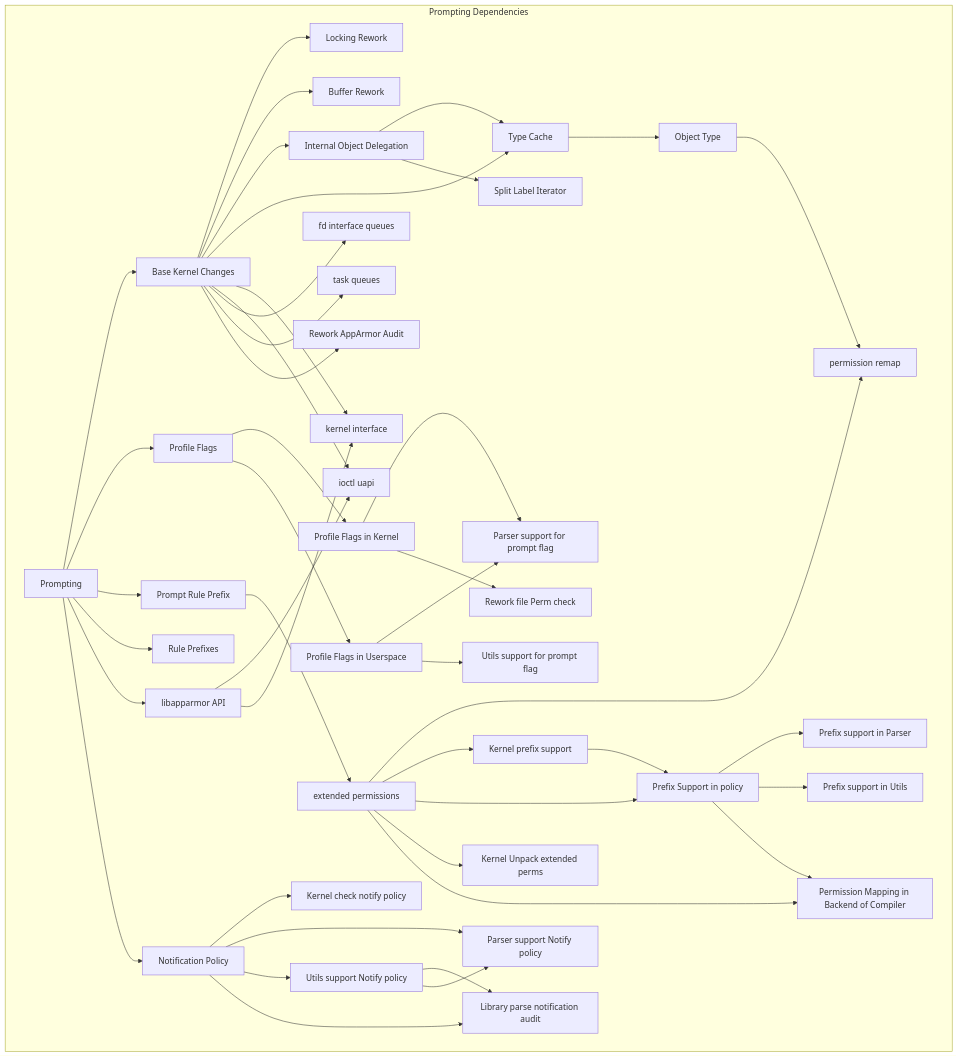
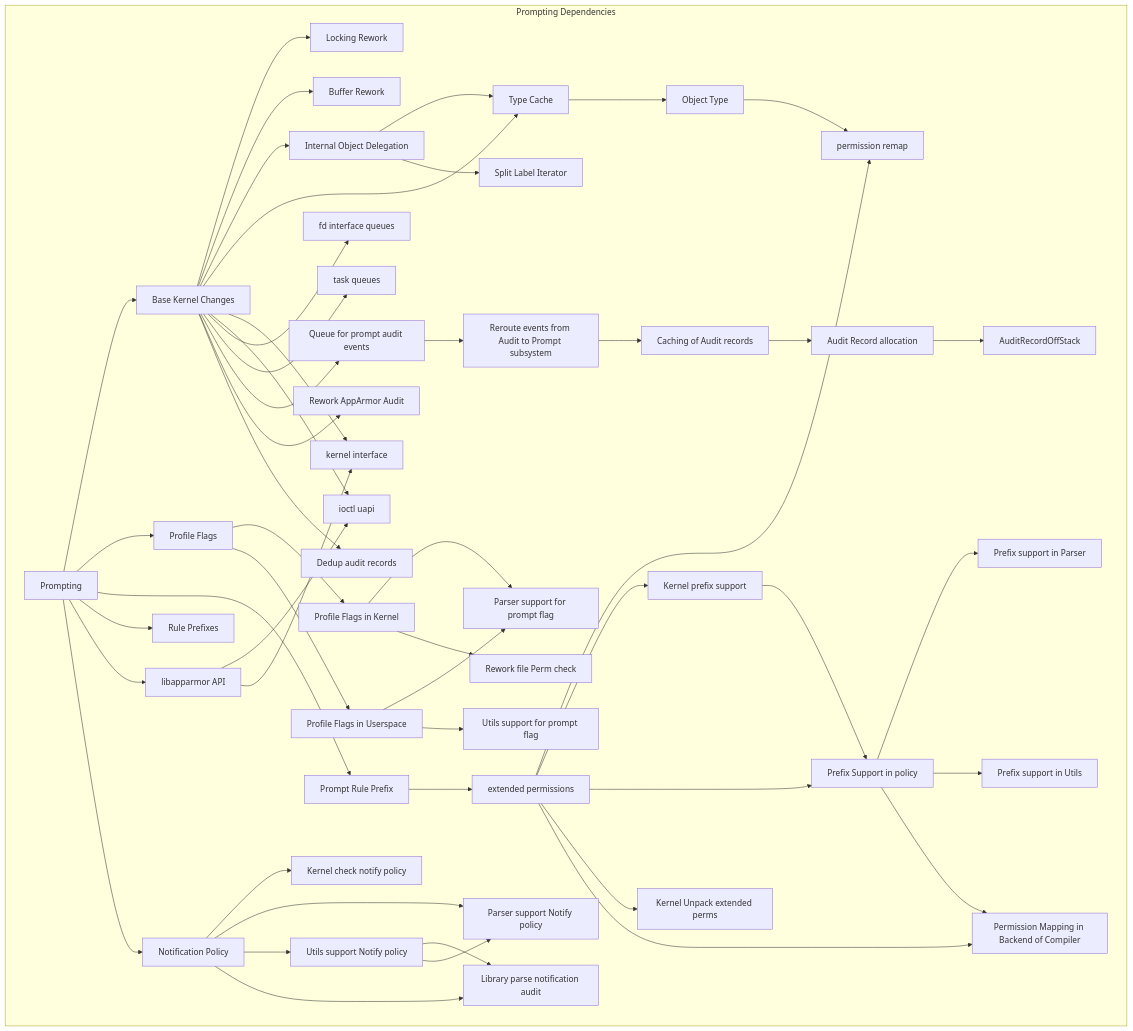
Before and after one commit to youngker/apparmor-wiki: the diagram in WorkItems.md, drawn with Mermaid. The commit also changed other lines of this file, not shown here.

Commit message:
Update WorkItems

````diff
--- a/WorkItems.md
+++ b/WorkItems.md
@@ -312,48 +304,54 @@
 ```mermaid
 graph TB
   subgraph "Prompting Dependencies"
   Prompting[Prompting] --> KernelWork[Base Kernel Changes]
   Prompting --> ProfileFlags[Profile Flags]
   Prompting --> RulePrefixes[Prompt Rule Prefix]
   ProfileFlags --> KernelFlags[Profile Flags in Kernel]
   KernelFlags --> ParserFlags[Parser support for prompt flag]
   KernelFlags --> KernelPermsCheck[Rework file Perm check]
   ProfileFlags --> UserSpaceFlags[Profile Flags in Userspace]
   UserSpaceFlags --> ParserFlags
   UserSpaceFlags --> UtilsFlags[Utils support for prompt flag]
   Prompting --> ProfilePrefix[Rule Prefixes]
   KernelWork --> KernelLock[Locking Rework]
   KernelWork --> KernelBuffer[Buffer Rework]
   KernelWork --> ObjectDelegationBase[Internal Object Delegation]
   KernelWork --> TypeCache[Type Cache]
   KernelWork --> kernelInterface[kernel interface]
   KernelWork --> ioctluapi[ioctl uapi]
   KernelWork --> fdqueue[fd interface queues]
   KernelWork --> taskqueue[task queues]
+  KernelWork --> AuditEventQueue[Queue for prompt audit events]
   Prompting --> UserAPI[libapparmor API]
   UserAPI --> ioctluapi
   UserAPI --> kernelInterface
   Prompting --> NotifyPolicy[Notification Policy]
   NotifyPolicy --> KernNotifPolicy[Kernel check notify policy]
   NotifyPolicy --> ParserNotifyPolicy[Parser support Notify policy]
   NotifyPolicy --> UtilsNotifyPolicy[Utils support Notify policy]
   NotifyPolicy --> LibNotifyPolicy[Library parse notification audit]
   UtilsNotifyPolicy --> LibNotifyPolicy
   UtilsNotifyPolicy --> ParserNotifyPolicy
   TypeCache --> ObjType[Object Type]
   ObjType --> PermRemap[permission remap]
   KernelWork --> AuditRework[Rework AppArmor Audit]
   ObjectDelegationBase --> TypeCache
   ObjectDelegationBase --> LabelIt[Split Label Iterator]
   RulePrefixes --> ExtendedPerms[extended permissions]
   ExtendedPerms --> PermRemap
   ExtendedPerms --> PrefixKernel[Kernel prefix support]
   ExtendedPerms --> PrefixPolicy[Prefix Support in policy]
   ExtendedPerms --> PermsUnpack[Kernel Unpack extended perms]
   ExtendedPerms --> MovePermPack[Permission Mapping in Backend of Compiler]
   PrefixKernel --> PrefixPolicy
   PrefixPolicy --> ParserPrefix[Prefix support in Parser]
   PrefixPolicy --> UtilsPrefix[Prefix support in Utils]
   PrefixPolicy --> MovePermPack
+  AuditEventQueue -->AuditRecordReroute[Reroute events from Audit to Prompt subsystem]
+  KernelWork --> AuditDeDup[Dedup audit records]
+  AuditRecordReroute --> AuditCache[Caching of Audit records]
+  AuditCache --> AuditObject[Audit Record allocation]
+  AuditObject --> AuditStack[AuditRecordOffStack]
 end
 ```
````
